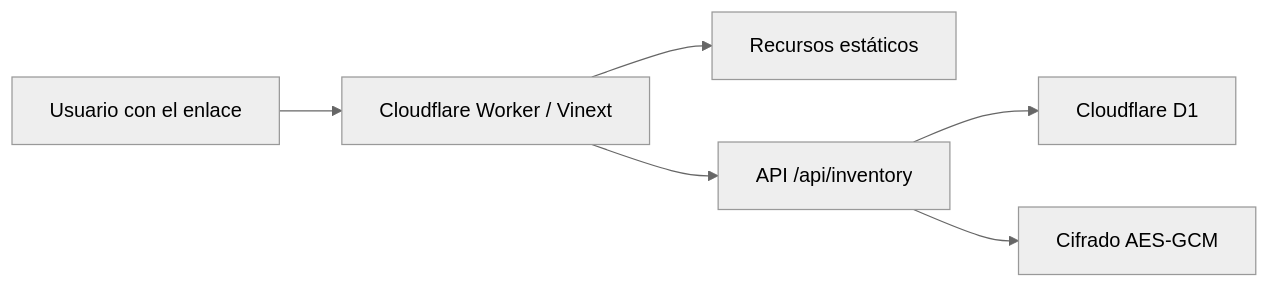
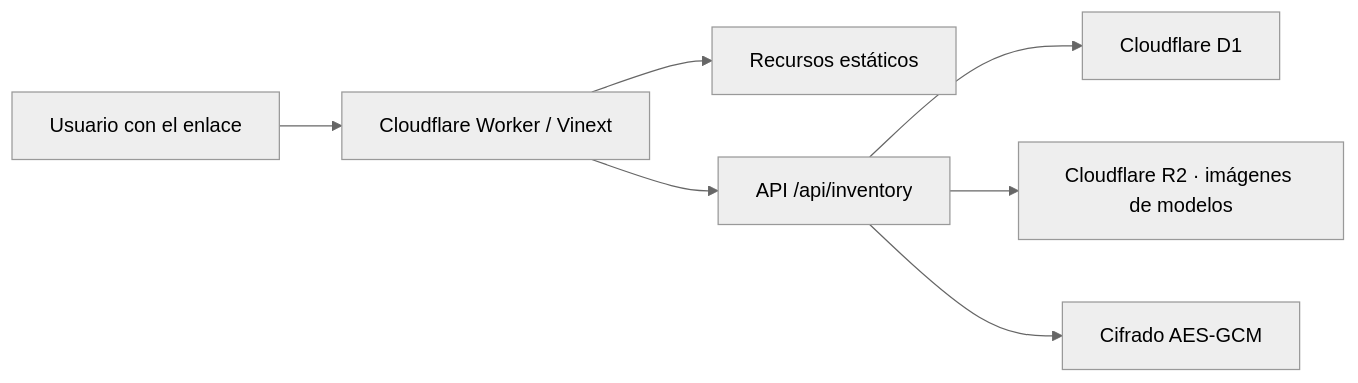
Before and after one commit to GersonPc/inventario-dollar: the diagram in docs/GUIA_TECNICA.md, drawn with Mermaid (neutral theme). The commit also changed other lines of this file and 16 other files, not shown here.

````diff
--- a/docs/GUIA_TECNICA.md
+++ b/docs/GUIA_TECNICA.md
@@ -5,8 +5,9 @@
 ```mermaid
 flowchart LR
     U["Usuario con el enlace"] --> W["Cloudflare Worker / Vinext"]
     W --> S["Recursos estáticos"]
     W --> API["API /api/inventory"]
     API --> D1["Cloudflare D1"]
+    API --> R2["Cloudflare R2 · imágenes de modelos"]
     API --> C["Cifrado AES-GCM"]
 ```
````
